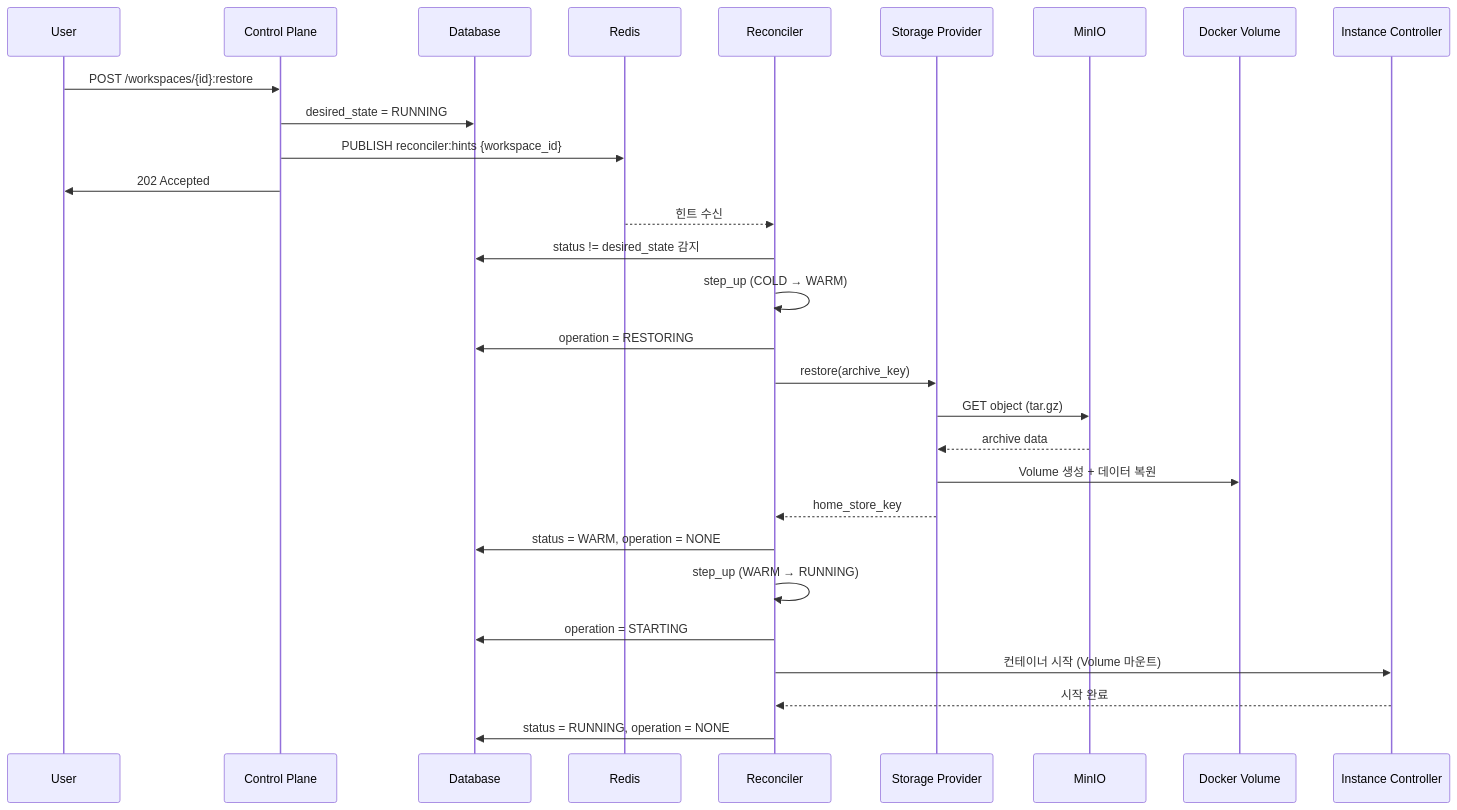
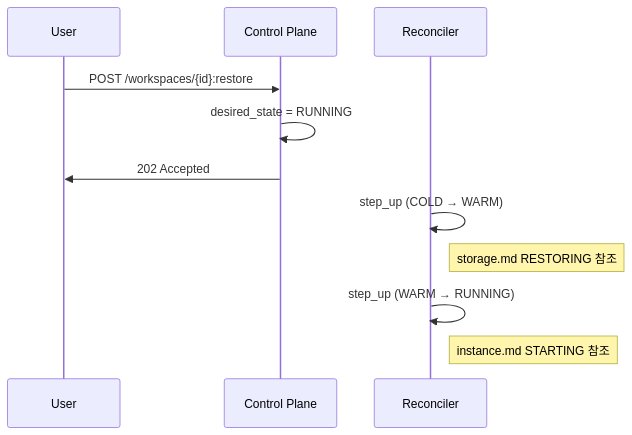
The fifth of 9 diagrams in docs/spec_v2/flows.md (cagojeiger/code-hub), drawn with Mermaid before and after one commit. The commit also changed other lines of this file and 6 other files, not shown here.

First line of the commit message:
docs(spec_v2): refactor into layered architecture

````diff
--- a/docs/spec_v2/flows.md
+++ b/docs/spec_v2/flows.md
@@ -172,34 +112,15 @@
 ```mermaid
 sequenceDiagram
     participant U as User
     participant API as Control Plane
-    participant DB as Database
-    participant Redis as Redis
     participant R as Reconciler
-    participant S as Storage Provider
-    participant M as MinIO
-    participant V as Docker Volume
-    participant I as Instance Controller
 
     U->>API: POST /workspaces/{id}:restore
-    API->>DB: desired_state = RUNNING
-    API->>Redis: PUBLISH reconciler:hints {workspace_id}
+    API->>API: desired_state = RUNNING
     API->>U: 202 Accepted
 
-    Redis-->>R: 힌트 수신
-    R->>DB: status != desired_state 감지
     R->>R: step_up (COLD → WARM)
-    R->>DB: operation = RESTORING
-    R->>S: restore(archive_key)
-    S->>M: GET object (tar.gz)
-    M-->>S: archive data
-    S->>V: Volume 생성 + 데이터 복원
-    S-->>R: home_store_key
-    R->>DB: status = WARM, operation = NONE
-
+    Note right of R: storage.md RESTORING 참조
     R->>R: step_up (WARM → RUNNING)
-    R->>DB: operation = STARTING
-    R->>I: 컨테이너 시작 (Volume 마운트)
-    I-->>R: 시작 완료
-    R->>DB: status = RUNNING, operation = NONE
+    Note right of R: instance.md STARTING 참조
 ```
````
